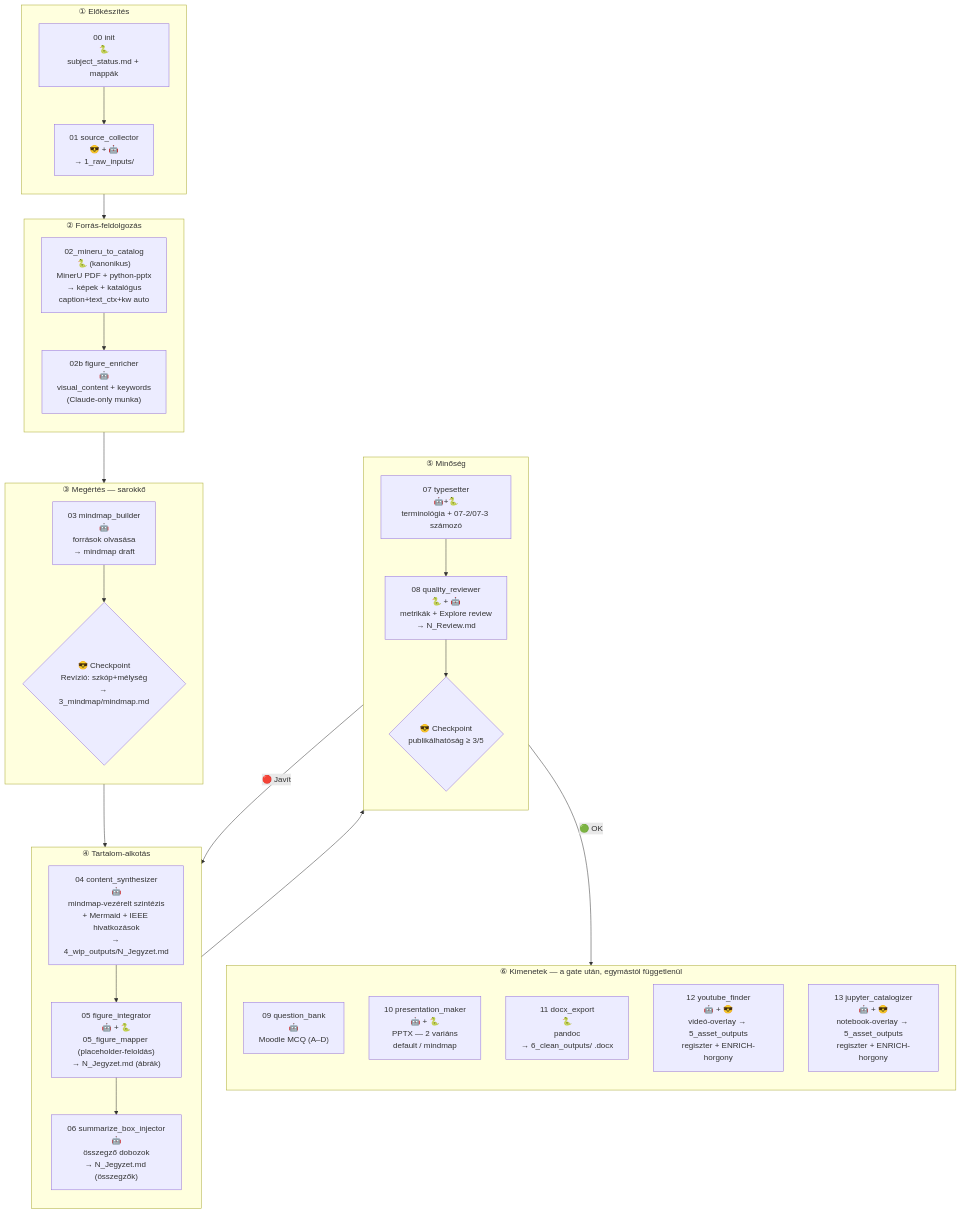
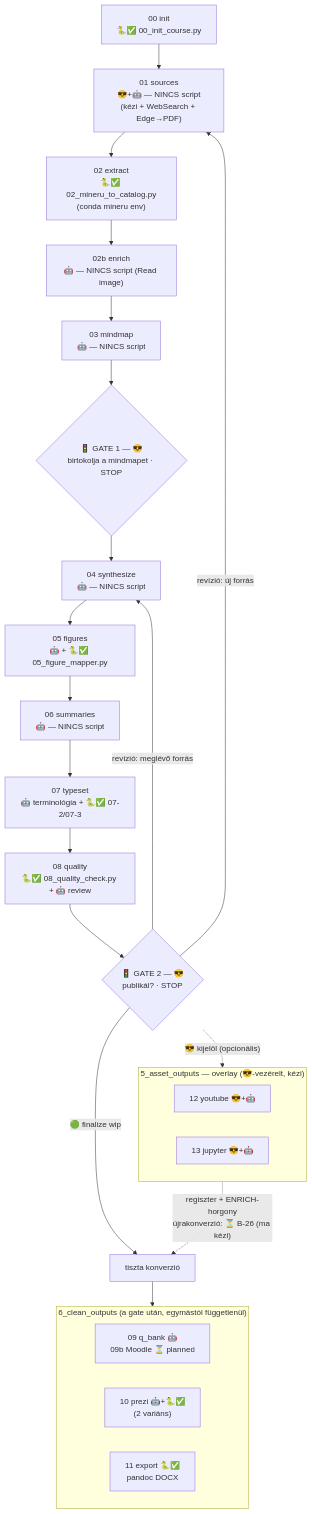
One commit to InutilemMachina/claude_course changed the third of 3 diagrams in .claude/pipeline.md. Above: the diagram before and after it, drawn with Mermaid. The commit also changed other lines of this file, not shown here.

Commit message:
docs(pipeline): §2.1 EREDETI → CÉL → VALÓS — a teljes ív + lefedettség (v3.0)
A 😎 keretében a folyamatot három állapotban mutatjuk (nem csak az idealizált célt):

- §2.1.a EREDETI — a naiv lineáris kiinduló elképzelés (minden „automatikus")
- §2.1.b CÉL — a plan_3 cél-gráfja (MinerU-only, szint-semleges, overlay+regiszter, camera-ready)
- §2.1.c VALÓS — az ŐSZINTE jelenlegi gráf: végrehajtó-igazság (🐍✅ valódi script /
  🤖 Claude-kézi / 😎 ember / ⏳ tervezett), 2 STOP-gate, revízió-hurok (08→04, 08→01→02→04),
  overlay-ág (12/13 → regiszter → újrakonverzió B-26)
- §2.1.d Lefedettség — a VALÓS lefedi a CÉL-t (a 09b planned + B-26 a CÉL által szándékolt „később")

Kísérő: §2 IO-tábla alá kompakt „VALÓS-státusz" (tényleges script-lét vs a TERV-szerep);
§0 horgony frissítve. Mindhárom gráf Mermaid-validált.

````diff
--- a/.claude/pipeline.md
+++ b/.claude/pipeline.md
@@ -87,52 +146,29 @@
 ```mermaid
 flowchart TD
-    subgraph INIT["① Előkészítés"]
-        direction TB
-        I0["00 init<br>🐍<br>subject_status.md + mappák"]
-        I1["01 source_collector<br>😎 + 🤖<br>→ 1_raw_inputs/"]
-        I0 --> I1
+    S00["00 init<br>🐍✅ 00_init_course.py"] --> S01["01 sources<br>😎+🤖 — NINCS script<br>(kézi + WebSearch + Edge→PDF)"]
+    S01 --> S02["02 extract<br>🐍✅ 02_mineru_to_catalog.py<br>(conda mineru env)"]
+    S02 --> S02b["02b enrich<br>🤖 — NINCS script (Read image)"]
+    S02b --> S03["03 mindmap<br>🤖 — NINCS script"]
+    S03 --> G1{"🚦 GATE 1 — 😎<br>birtokolja a mindmapet · STOP"}
+    G1 --> S04["04 synthesize<br>🤖 — NINCS script"]
+    S04 --> S05["05 figures<br>🤖 + 🐍✅ 05_figure_mapper.py"]
+    S05 --> S06["06 summaries<br>🤖 — NINCS script"]
+    S06 --> S07["07 typeset<br>🤖 terminológia + 🐍✅ 07-2/07-3"]
+    S07 --> S08["08 quality<br>🐍✅ 08_quality_check.py + 🤖 review"]
+    S08 --> G2{"🚦 GATE 2 — 😎<br>publikál? · STOP"}
+    G2 -->|"revízió: meglévő forrás"| S04
+    G2 -->|"revízió: új forrás"| S01
+    G2 -->|"🟢 finalize wip"| CONV["tiszta konverzió"]
+    CONV --> OUT
+    subgraph OUT["6_clean_outputs (a gate után, egymástól függetlenül)"]
+      O09["09 q_bank 🤖<br>09b Moodle ⏳ planned"]
+      O10["10 prezi 🤖+🐍✅<br>(2 variáns)"]
+      O11["11 export 🐍✅<br>pandoc DOCX"]
     end
-
-    subgraph EXT["② Forrás-feldolgozás"]
-        direction TB
-        E1m["02_mineru_to_catalog<br>🐍 (kanonikus)<br>MinerU PDF + python-pptx<br>→ képek + katalógus<br>caption+text_ctx+kw auto"]
-        E2["02b figure_enricher<br>🤖<br>visual_content + keywords<br>(Claude-only munka)"]
-        E1m --> E2
+    G2 -.->|"😎 kijelöl (opcionális)"| ENR
+    subgraph ENR["5_asset_outputs — overlay (😎-vezérelt, kézi)"]
+      O12["12 youtube 😎+🤖"]
+      O13["13 jupyter 😎+🤖"]
     end
-
-    subgraph UNDERSTAND["③ Megértés — sarokkő"]
-        direction TB
-        U1["03 mindmap_builder<br>🤖<br>források olvasása<br>→ mindmap draft"]
-        U2{"😎 Checkpoint<br>Revízió: szkóp+mélység<br>→ 3_mindmap/mindmap.md"}
-        U1 --> U2
-    end
-
-    subgraph CREATE["④ Tartalom-alkotás"]
-        direction TB
-        C1["04 content_synthesizer<br>🤖<br>mindmap-vezérelt szintézis<br>+ Mermaid + IEEE hivatkozások<br>→ 4_wip_outputs/N_Jegyzet.md"]
-        C2["05 figure_integrator<br>🤖 + 🐍<br>05_figure_mapper (placeholder-feloldás)<br>→ N_Jegyzet.md (ábrák)"]
-        C3["06 summarize_box_injector<br>🤖<br>összegző dobozok<br>→ N_Jegyzet.md (összegzők)"]
-        C1 --> C2 --> C3
-    end
-
-    subgraph QUALITY["⑤ Minőség"]
-        direction TB
-        Q1["07 typesetter<br>🤖+🐍<br>terminológia + 07-2/07-3 számozó"]
-        Q2["08 quality_reviewer<br>🐍 + 🤖<br>metrikák + Explore review<br>→ N_Review.md"]
-        Q3{"😎 Checkpoint<br>publikálhatóság ≥ 3/5"}
-        Q1 --> Q2 --> Q3
-    end
-
-    subgraph OUTPUT["⑥ Kimenetek — a gate után, egymástól függetlenül"]
-        direction TB
-        O1["09 question_bank<br>🤖<br>Moodle MCQ (A–D)"]
-        O2["10 presentation_maker<br>🤖 + 🐍<br>PPTX — 2 variáns<br>default / mindmap"]
-        O3["11 docx_export<br>🐍<br>pandoc<br>→ 6_clean_outputs/ .docx"]
-        O4["12 youtube_finder<br>🤖 + 😎<br>videó-overlay → 5_asset_outputs<br>regiszter + ENRICH-horgony"]
-        O5["13 jupyter_catalogizer<br>🤖 + 😎<br>notebook-overlay → 5_asset_outputs<br>regiszter + ENRICH-horgony"]
-    end
-
-    INIT --> EXT --> UNDERSTAND --> CREATE --> QUALITY
-    Q3 -->|"🟢 OK"| OUTPUT
-    Q3 -->|"🔴 Javít"| CREATE
+    ENR -.->|"regiszter + ENRICH-horgony<br>újrakonverzió: ⏳ B-26 (ma kézi)"| CONV
 ```
````
